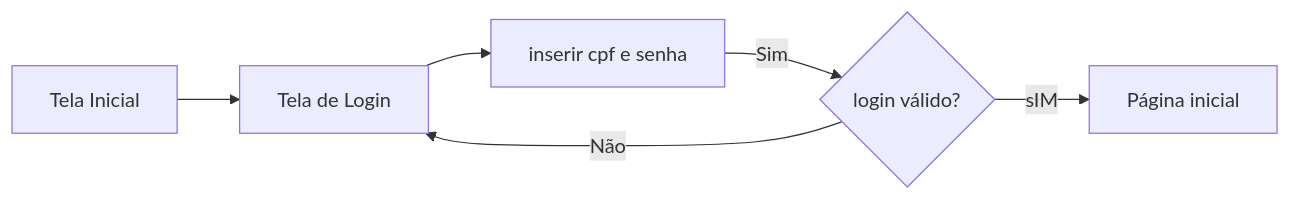
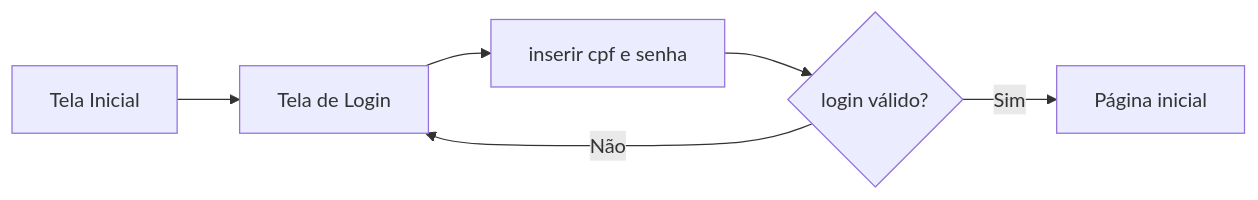
The second of 5 diagrams in profile/README.md (Project-Impacta/.github), drawn with Mermaid before and after one commit.

````diff
--- a/profile/README.md
+++ b/profile/README.md
@@ -42,8 +42,8 @@
 ```mermaid
 graph LR;
     A[Tela Inicial] --> B[Tela de Login]
     B --> C[inserir cpf e senha]
-    C -->|Sim| D{login válido?}
-    D -->|sIM| F[Página inicial]
+    C --> D{login válido?}
+    D -->|Sim| F[Página inicial]
     D -->|Não| B
 ```
````
